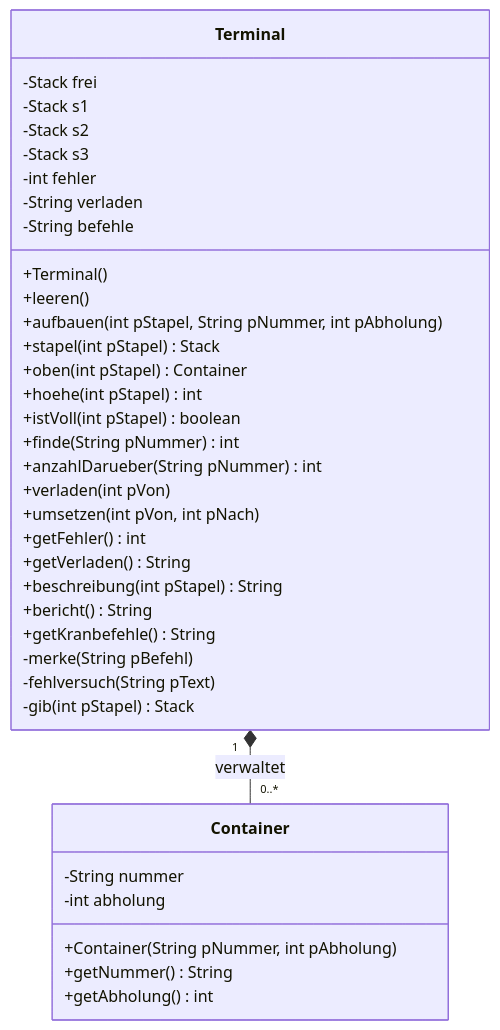
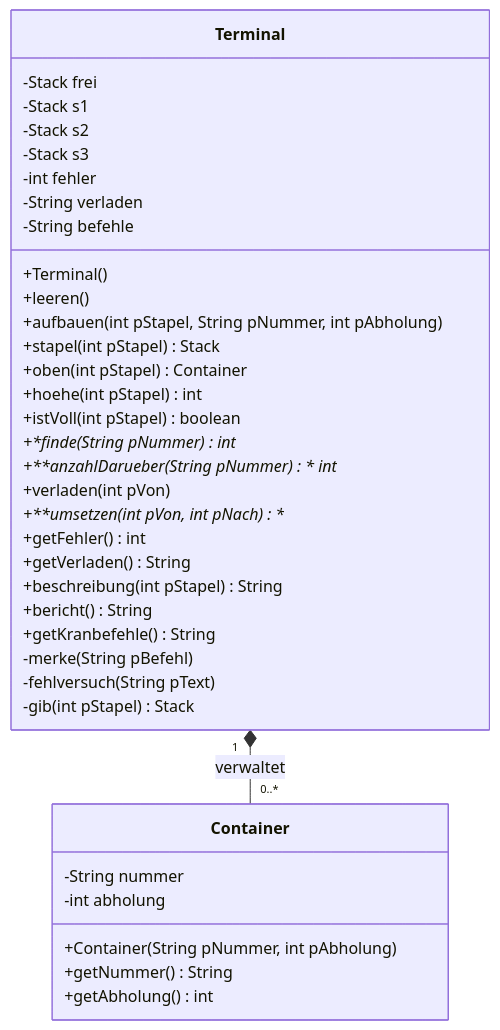
One commit to openpatch/hyperbook-informatik changed the diagram in book/oberstufe/oop/02-erweiterungen/04-lineare-datenstrukturen/stapel/containerterminal-kran.md. Above: the diagram before and after it, drawn with Mermaid.

````diff
--- a/book/oberstufe/oop/02-erweiterungen/04-lineare-datenstrukturen/stapel/containerterminal-kran.md
+++ b/book/oberstufe/oop/02-erweiterungen/04-lineare-datenstrukturen/stapel/containerterminal-kran.md
@@ -20,41 +20,41 @@
 ```mermaid
 classDiagram
     class Terminal {
         -Stack<Container> frei
         -Stack<Container> s1
         -Stack<Container> s2
         -Stack<Container> s3
         -int fehler
         -String verladen
         -String befehle
         +Terminal()
         +leeren()
         +aufbauen(int pStapel, String pNummer, int pAbholung)
         +stapel(int pStapel) Stack<Container>
         +oben(int pStapel) Container
         +hoehe(int pStapel) int
         +istVoll(int pStapel) boolean
-        +finde(String pNummer) int
-        +anzahlDarueber(String pNummer) int
+        +*finde(String pNummer)* int
+        +**anzahlDarueber(String pNummer)** int
         +verladen(int pVon)
-        +umsetzen(int pVon, int pNach)
+        +**umsetzen(int pVon, int pNach)**
         +getFehler() int
         +getVerladen() String
         +beschreibung(int pStapel) String
         +bericht() String
         +getKranbefehle() String
         -merke(String pBefehl)
         -fehlversuch(String pText)
         -gib(int pStapel) Stack<Container>
     }
 
     class Container {
         -String nummer
         -int abholung
         +Container(String pNummer, int pAbholung)
         +getNummer() String
         +getAbholung() int
     }
 
     Terminal "1" *-- "0..*" Container : verwaltet
 ```
````
